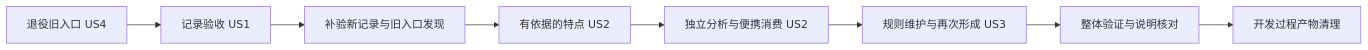
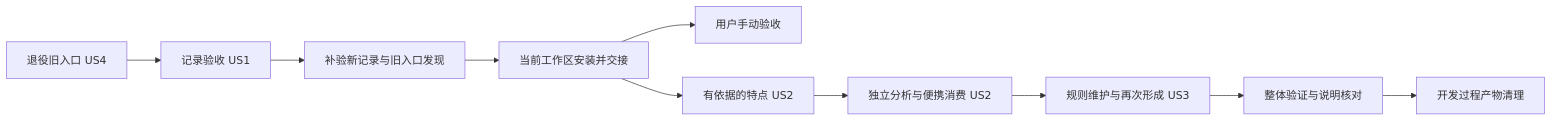
The second of 2 diagrams in specs/skills/002-conversation-to-skill/analysis/spec-analysis/README.md (Ena-Heleneto/agent-foundry), drawn with Mermaid before and after one commit. The commit also changed other lines of this file and 99 other files, not shown here.

````diff
--- a/specs/skills/002-conversation-to-skill/analysis/spec-analysis/README.md
+++ b/specs/skills/002-conversation-to-skill/analysis/spec-analysis/README.md
@@ -98,10 +100,12 @@
 ```mermaid
 flowchart LR
     A["退役旧入口 US4"] --> B["记录验收 US1"]
     B --> H["补验新记录与旧入口发现"]
-    H --> C["有依据的特点 US2"]
+    H --> I["当前工作区安装并交接"]
+    I --> J["用户手动验收"]
+    I --> C["有依据的特点 US2"]
     C --> D["独立分析与便携消费 US2"]
     D --> E["规则维护与再次形成 US3"]
     E --> F["整体验证与说明核对"]
     F --> G["开发过程产物清理"]
 ```
````
